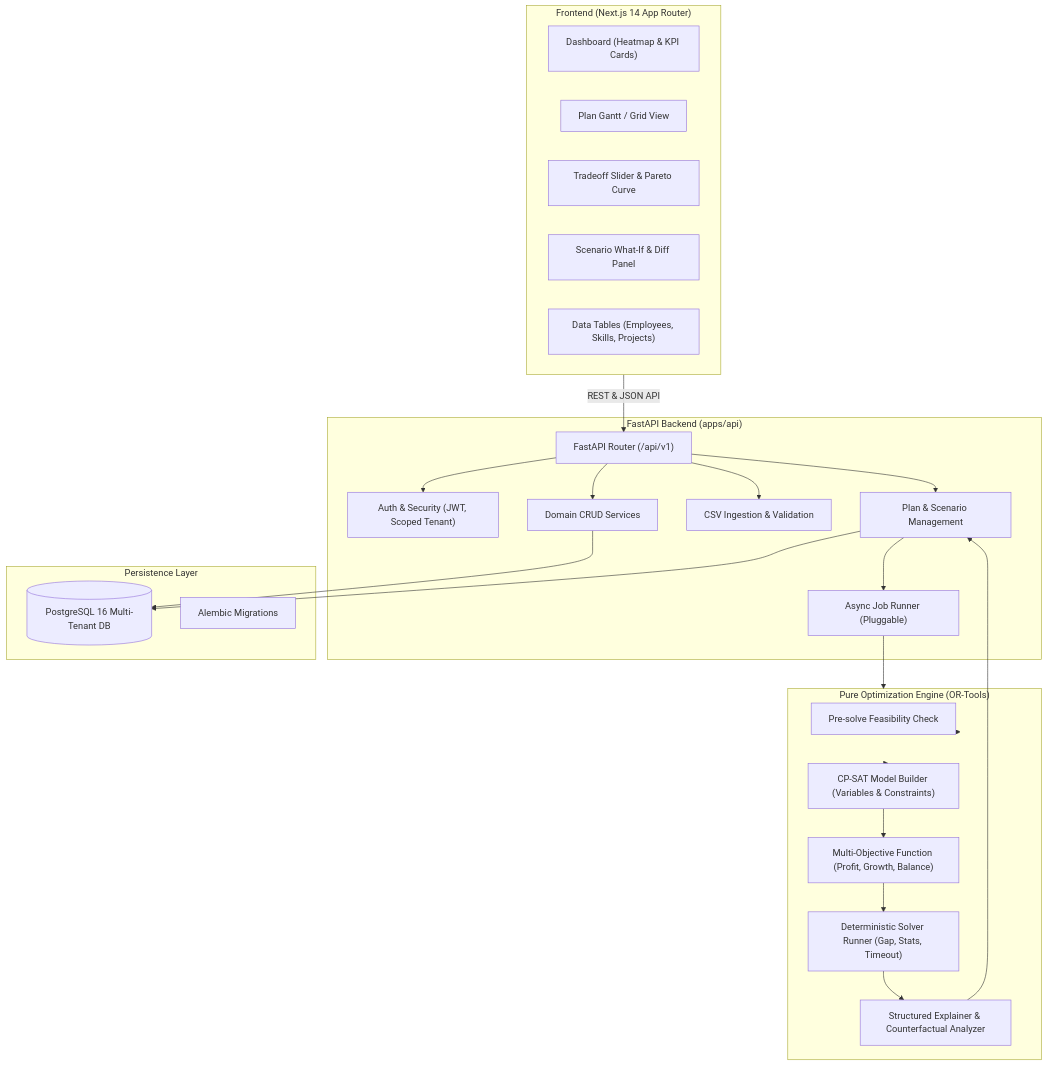
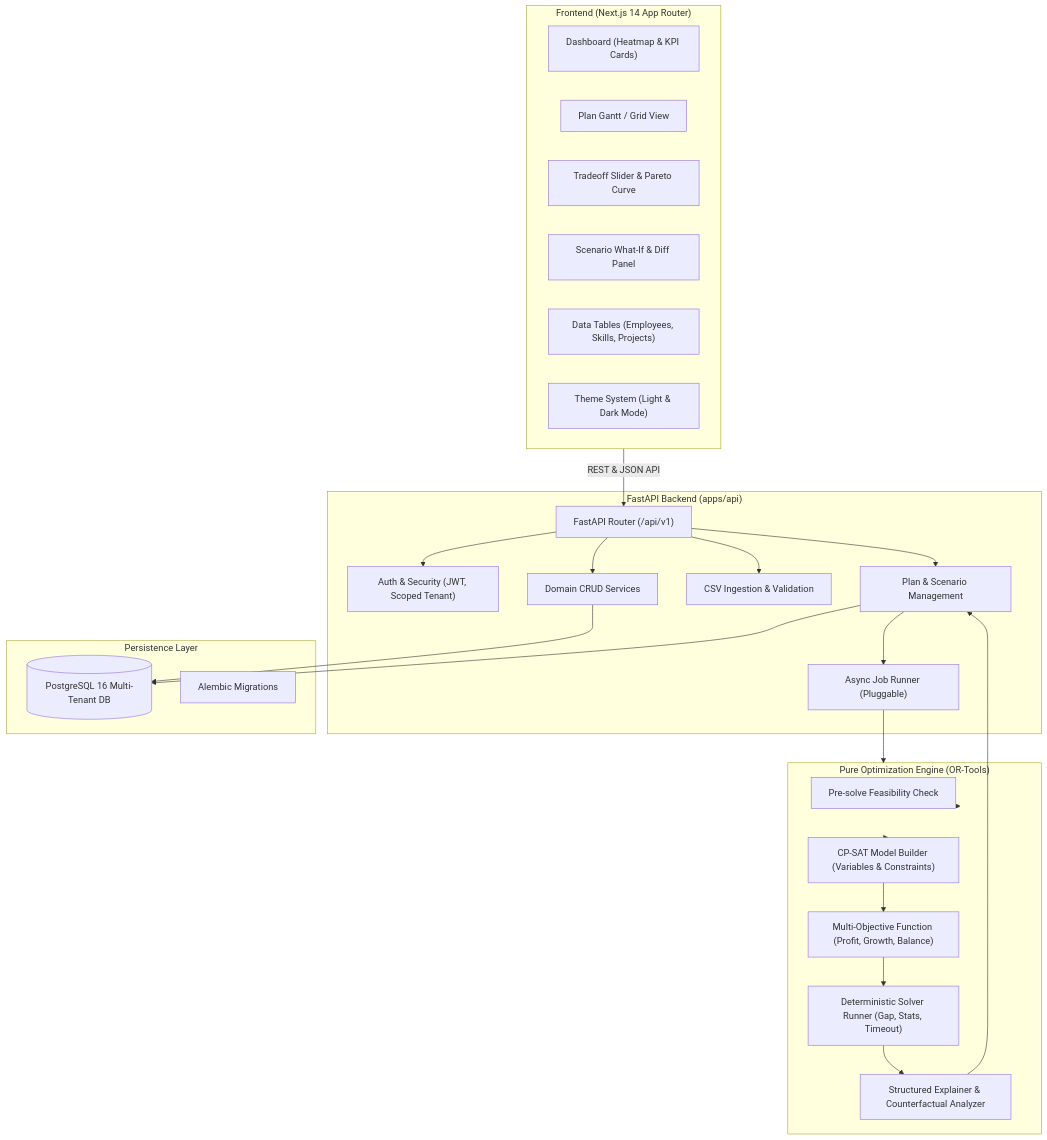
One commit to palakpk954/ABC_Pro changed the diagram in docs/architecture.md. Above: the diagram before and after it, drawn with Mermaid. The commit also changed other lines of this file and 54 other files, not shown here.

Commit message:
feat: complete Phase 2 API services and Phase 3 Next.js frontend with dual light/dark themes and updated docs

````diff
--- a/docs/architecture.md
+++ b/docs/architecture.md
@@ -7,51 +7,52 @@
 ```mermaid
 graph TB
     subgraph Client ["Frontend (Next.js 14 App Router)"]
         UI_Dash["Dashboard (Heatmap & KPI Cards)"]
         UI_Plan["Plan Gantt / Grid View"]
         UI_Slider["Tradeoff Slider & Pareto Curve"]
         UI_Scenario["Scenario What-If & Diff Panel"]
         UI_Data["Data Tables (Employees, Skills, Projects)"]
+        UI_Theme["Theme System (Light & Dark Mode)"]
     end
 
     subgraph API ["FastAPI Backend (apps/api)"]
         Router["FastAPI Router (/api/v1)"]
         AuthModule["Auth & Security (JWT, Scoped Tenant)"]
         CRUDModule["Domain CRUD Services"]
         ImportModule["CSV Ingestion & Validation"]
         PlanModule["Plan & Scenario Management"]
         BackgroundTasks["Async Job Runner (Pluggable)"]
     end
 
     subgraph Engine ["Pure Optimization Engine (OR-Tools)"]
         FeasibilityCheck["Pre-solve Feasibility Check"]
         ModelBuilder["CP-SAT Model Builder (Variables & Constraints)"]
         Objectives["Multi-Objective Function (Profit, Growth, Balance)"]
         SolverWrapper["Deterministic Solver Runner (Gap, Stats, Timeout)"]
         Explainability["Structured Explainer & Counterfactual Analyzer"]
     end
 
     subgraph DataStore ["Persistence Layer"]
         Postgres[(PostgreSQL 16 Multi-Tenant DB)]
         Alembic["Alembic Migrations"]
     end
 
     Client -->|REST & JSON API| Router
     Router --> AuthModule
     Router --> CRUDModule
     Router --> ImportModule
     Router --> PlanModule
 
     CRUDModule --> Postgres
     PlanModule --> BackgroundTasks
     BackgroundTasks --> Engine
 
     Engine --> FeasibilityCheck
     Engine --> ModelBuilder
     ModelBuilder --> Objectives
     Objectives --> SolverWrapper
     SolverWrapper --> Explainability
     Explainability --> PlanModule
 
     PlanModule --> Postgres
 ```
````
